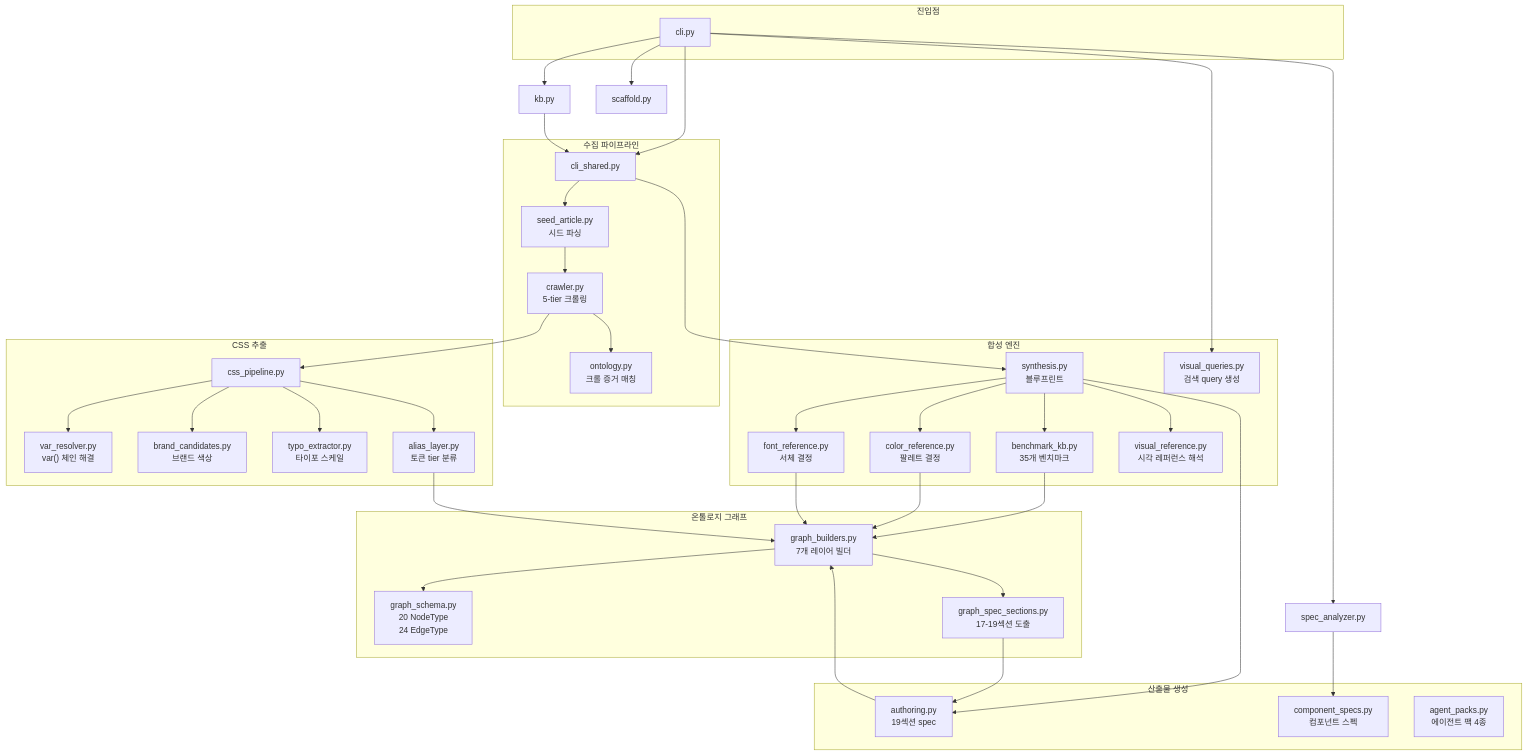
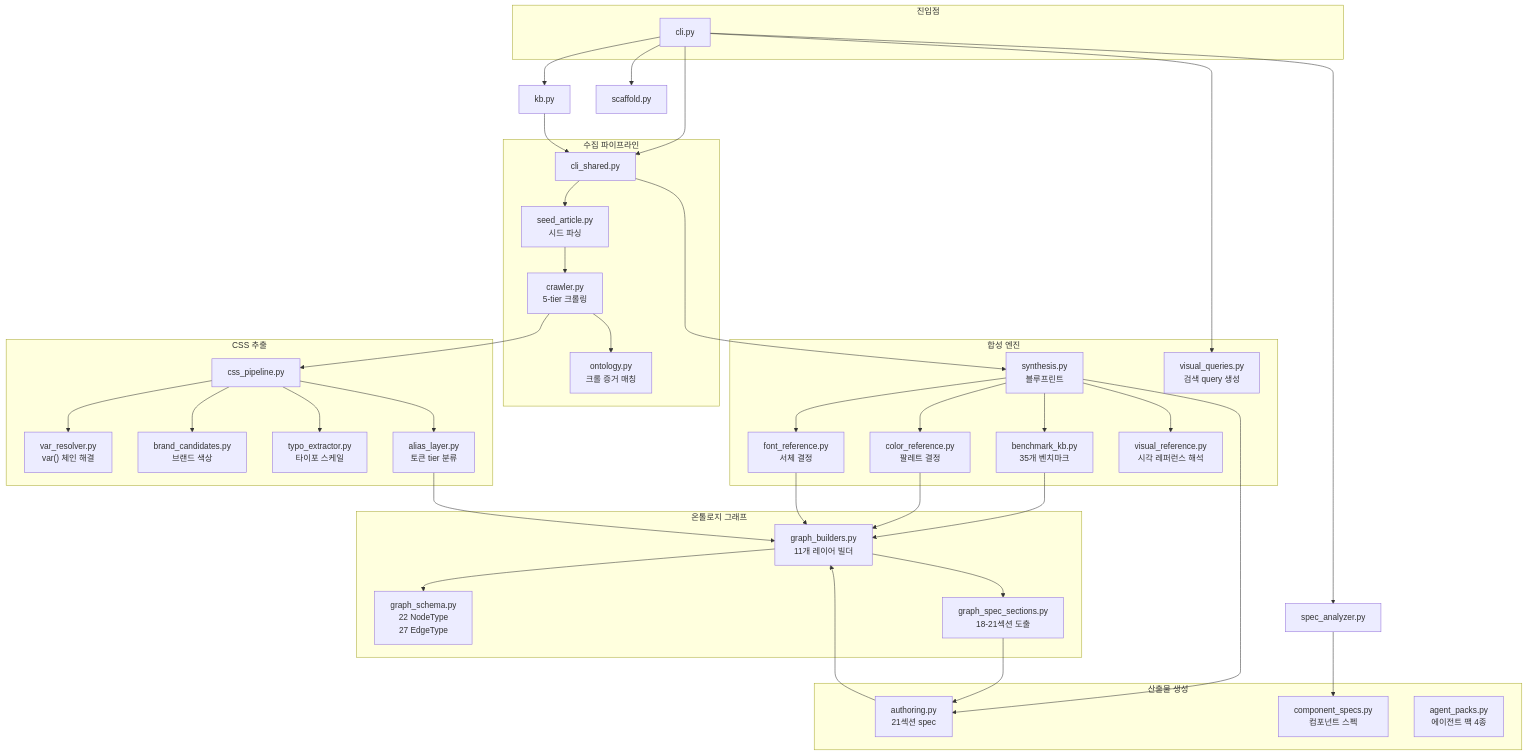
Before and after one commit to 2000silpeed/design-ontology-harness: the third of 3 diagrams in README.md, drawn with Mermaid. The commit also changed other lines of this file and 24 other files, not shown here.

````diff
--- a/README.md
+++ b/README.md
@@ -581,73 +588,73 @@
 ```mermaid
 graph TB
     subgraph ENTRY["진입점"]
         CLI["cli.py"]
     end
 
     subgraph PIPELINE["수집 파이프라인"]
         SHARED["cli_shared.py"]
         SEED_MOD["seed_article.py\n시드 파싱"]
         CRAWLER["crawler.py\n5-tier 크롤링"]
         ONTOLOGY["ontology.py\n크롤 증거 매칭"]
     end
 
     subgraph CSS["CSS 추출"]
         CSS_PIPE["css_pipeline.py"]
         VAR_RES["var_resolver.py\nvar() 체인 해결"]
         BRAND_C["brand_candidates.py\n브랜드 색상"]
         TYPO_EX["typo_extractor.py\n타이포 스케일"]
         ALIAS["alias_layer.py\n토큰 tier 분류"]
     end
 
     subgraph SYNTHESIS["합성 엔진"]
         SYNTH["synthesis.py\n블루프린트"]
         COLOR["color_reference.py\n팔레트 결정"]
         FONT["font_reference.py\n서체 결정"]
         BENCH["benchmark_kb.py\n35개 벤치마크"]
         VISUAL["visual_reference.py\n시각 레퍼런스 해석"]
         VQUERY["visual_queries.py\n검색 query 생성"]
     end
 
     subgraph GRAPH["온톨로지 그래프"]
-        SCHEMA["graph_schema.py\n20 NodeType\n24 EdgeType"]
-        BUILDERS["graph_builders.py\n7개 레이어 빌더"]
-        SECTIONS["graph_spec_sections.py\n17-19섹션 도출"]
+        SCHEMA["graph_schema.py\n22 NodeType\n27 EdgeType"]
+        BUILDERS["graph_builders.py\n11개 레이어 빌더"]
+        SECTIONS["graph_spec_sections.py\n18-21섹션 도출"]
     end
 
     subgraph OUTPUT["산출물 생성"]
-        AUTH["authoring.py\n19섹션 spec"]
+        AUTH["authoring.py\n21섹션 spec"]
         COMP_SPEC["component_specs.py\n컴포넌트 스펙"]
         AGENT["agent_packs.py\n에이전트 팩 4종"]
     end
 
     CLI --> SHARED
     CLI --> KB["kb.py"] --> SHARED
     CLI --> SCAFFOLD["scaffold.py"]
     CLI --> SPEC_AN["spec_analyzer.py"] --> COMP_SPEC
 
     SHARED --> SEED_MOD --> CRAWLER
     CRAWLER --> CSS_PIPE
     CRAWLER --> ONTOLOGY
     CSS_PIPE --> VAR_RES
     CSS_PIPE --> BRAND_C
     CSS_PIPE --> TYPO_EX
     CSS_PIPE --> ALIAS
 
     SHARED --> SYNTH
     SYNTH --> COLOR
     SYNTH --> FONT
     SYNTH --> BENCH
     SYNTH --> VISUAL
     SYNTH --> AUTH
     CLI --> VQUERY
 
     AUTH --> BUILDERS
     BUILDERS --> SCHEMA
     BUILDERS --> SECTIONS
     SECTIONS --> AUTH
 
     BENCH --> BUILDERS
     COLOR --> BUILDERS
     FONT --> BUILDERS
     ALIAS --> BUILDERS
 ```
````
